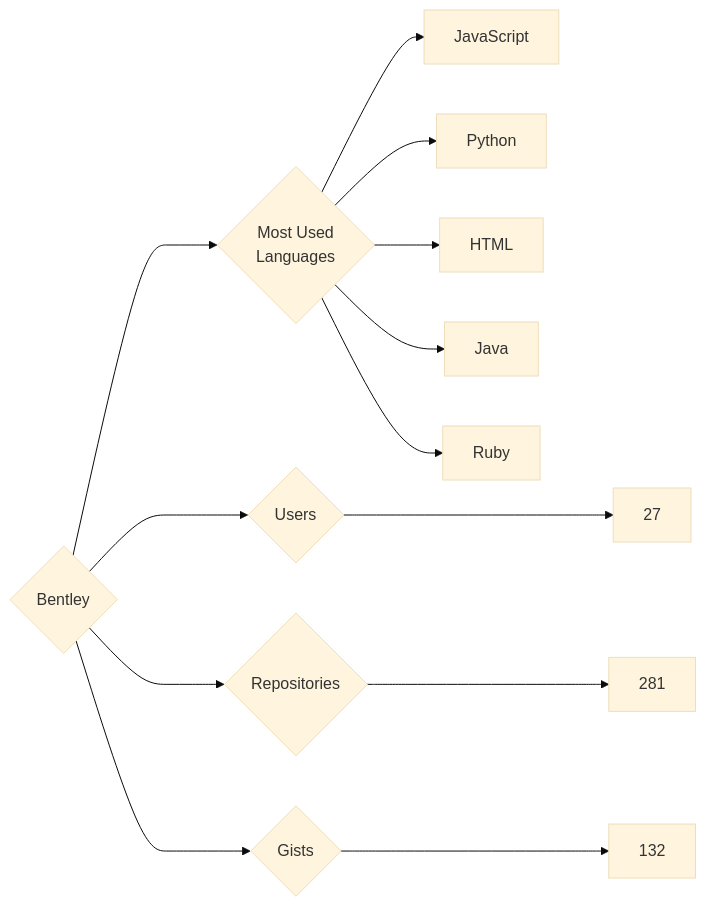
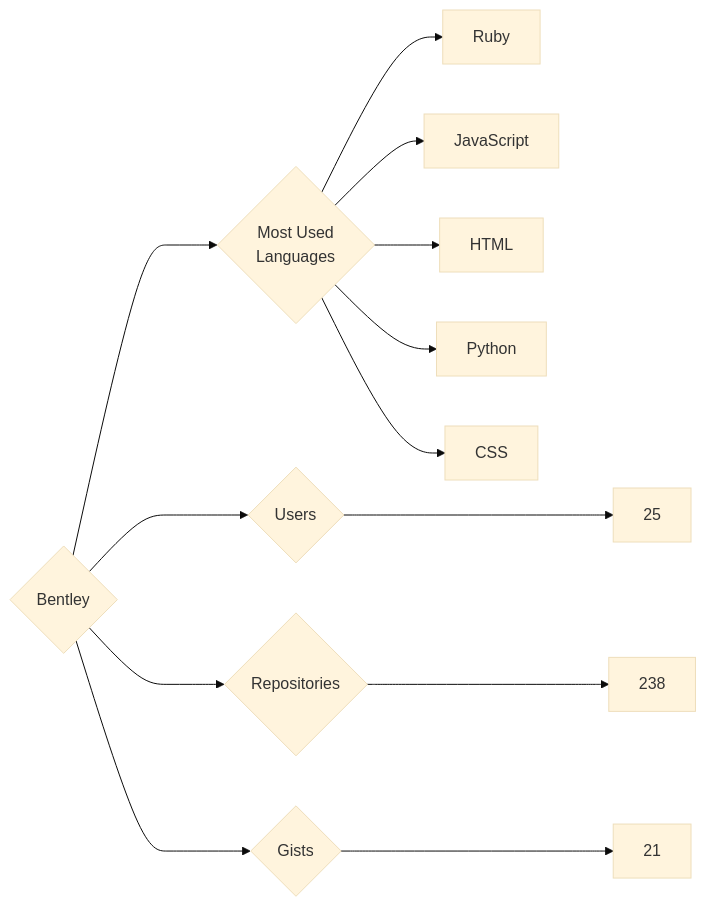
Before and after one commit to trickest/insiders: the diagram in targets/Bentley/README.md, drawn with Mermaid (base theme). The commit also changed 935 other files, not shown here.

````diff
--- a/targets/Bentley/README.md
+++ b/targets/Bentley/README.md
@@ -3,13 +3,13 @@
 ```mermaid
 graph LR
 COMPANY_NAME{Bentley}
-COMPANY_NAME ---> U{Users} ---> UN[27]
-COMPANY_NAME ---> R{Repositories} ---> RN[281]
-COMPANY_NAME ---> G{Gists} ---> GN[132]
+COMPANY_NAME ---> U{Users} ---> UN[25]
+COMPANY_NAME ---> R{Repositories} ---> RN[238]
+COMPANY_NAME ---> G{Gists} ---> GN[21]
 COMPANY_NAME ---> ML{Most Used<br>Languages}
+ML --> Ruby[Ruby]
 ML --> JavaScript[JavaScript]
+ML --> HTML[HTML]
 ML --> Python[Python]
-ML --> HTML[HTML]
-ML --> Java[Java]
-ML --> Ruby[Ruby]
+ML --> CSS[CSS]
 ```
````
